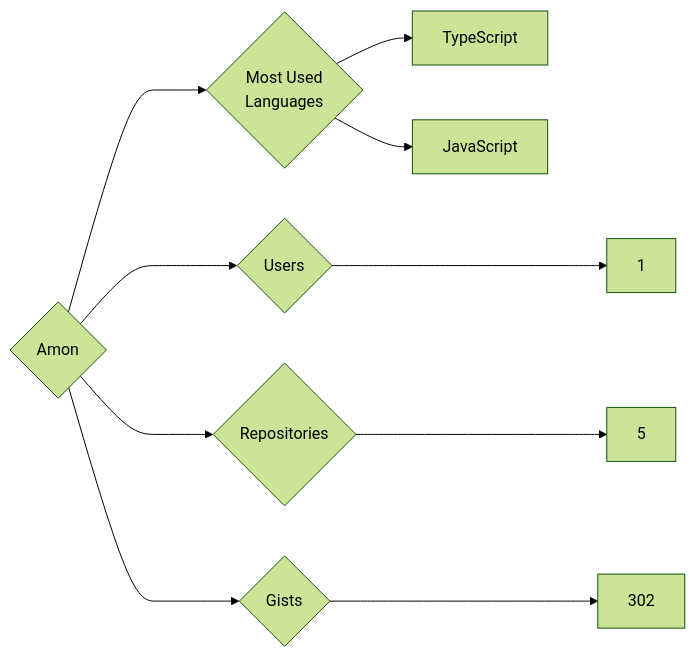
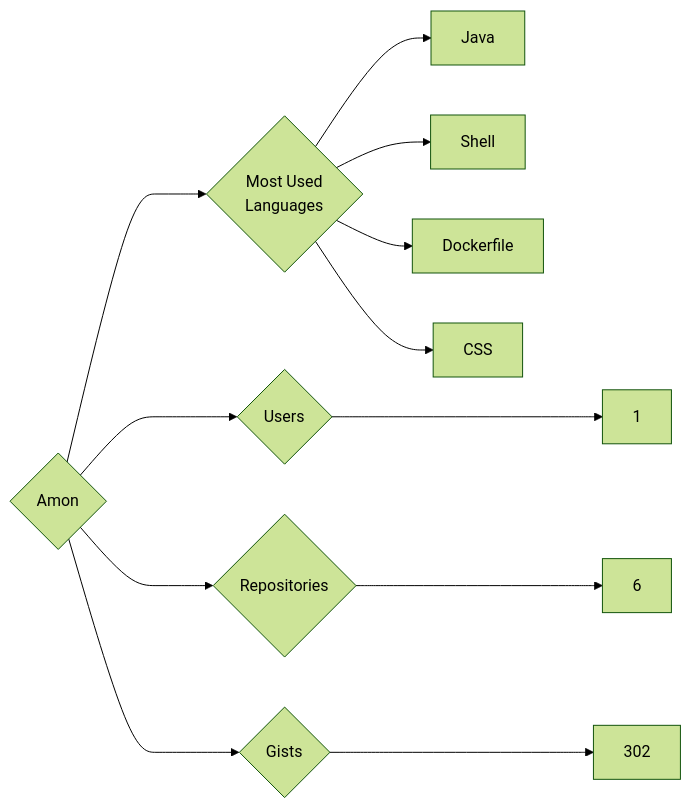
Before and after one commit to trickest/insiders: the diagram in targets/Amon/README.md, drawn with Mermaid (forest theme). The commit also changed 1089 other files, not shown here.

````diff
--- a/targets/Amon/README.md
+++ b/targets/Amon/README.md
@@ -3,10 +3,12 @@
 ```mermaid
 graph LR
 COMPANY_NAME{Amon}
 COMPANY_NAME ---> U{Users} ---> UN[1]
-COMPANY_NAME ---> R{Repositories} ---> RN[5]
+COMPANY_NAME ---> R{Repositories} ---> RN[6]
 COMPANY_NAME ---> G{Gists} ---> GN[302]
 COMPANY_NAME ---> ML{Most Used<br>Languages}
-ML --> TypeScript[TypeScript]
-ML --> JavaScript[JavaScript]
+ML --> Java[Java]
+ML --> Shell[Shell]
+ML --> Dockerfile[Dockerfile]
+ML --> CSS[CSS]
 ```
````
